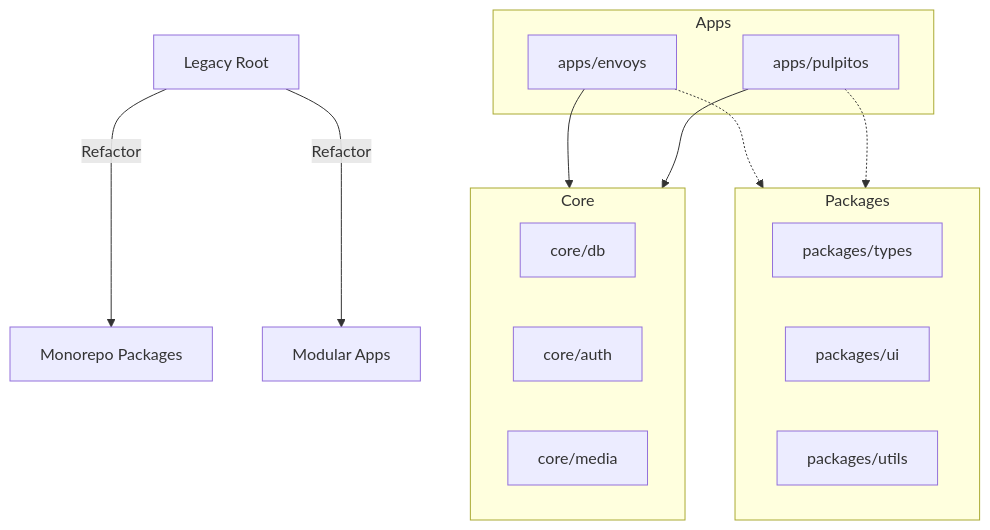
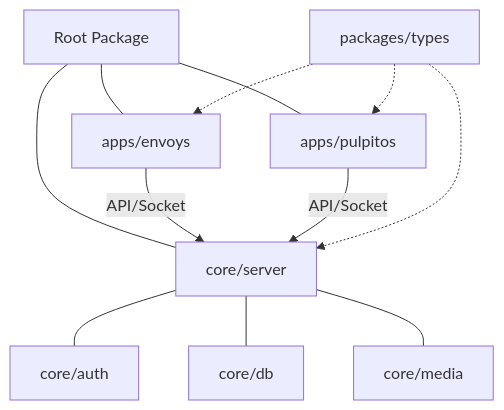
One commit to thewebguyy/TheEnvoysOS changed the diagram in AUDIT_REPORT.md. Above: the diagram before and after it, drawn with Mermaid. The commit also changed other lines of this file and 9 other files, not shown here.

````diff
--- a/AUDIT_REPORT.md
+++ b/AUDIT_REPORT.md
@@ -30,27 +19,17 @@
 ```mermaid
 graph TD
-    A[Legacy Root] -->|Refactor| B[Monorepo Packages]
-    A -->|Refactor| C[Modular Apps]
+    A[Root Package] --- B[apps/envoys]
+    A --- C[apps/pulpitos]
+    A --- D[core/server]
     
-    subgraph Packages
-        P1[packages/types]
-        P2[packages/ui]
-        P3[packages/utils]
-    end
+    D --- D1[core/auth]
+    D --- D2[core/db]
+    D --- D3[core/media]
     
-    subgraph Core
-        C1[core/db]
-        C2[core/auth]
-        C3[core/media]
-    end
+    B -->|API/Socket| D
+    C -->|API/Socket| D
     
-    subgraph Apps
-        E[apps/envoys]
-        P[apps/pulpitos]
-    end
-    
-    E --> Core
-    P --> Core
-    E -.-> Packages
-    P -.-> Packages
+    P[packages/types] -.-> B
+    P -.-> C
+    P -.-> D
 ```
````
